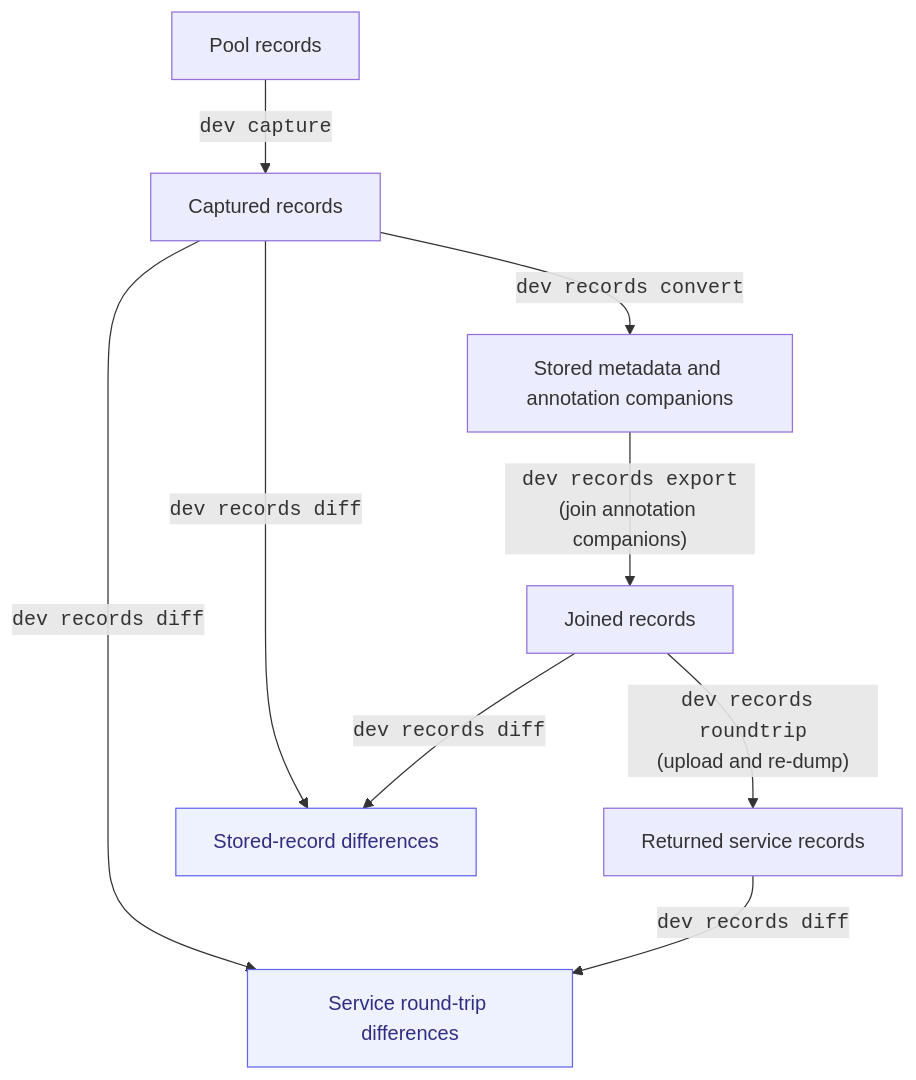
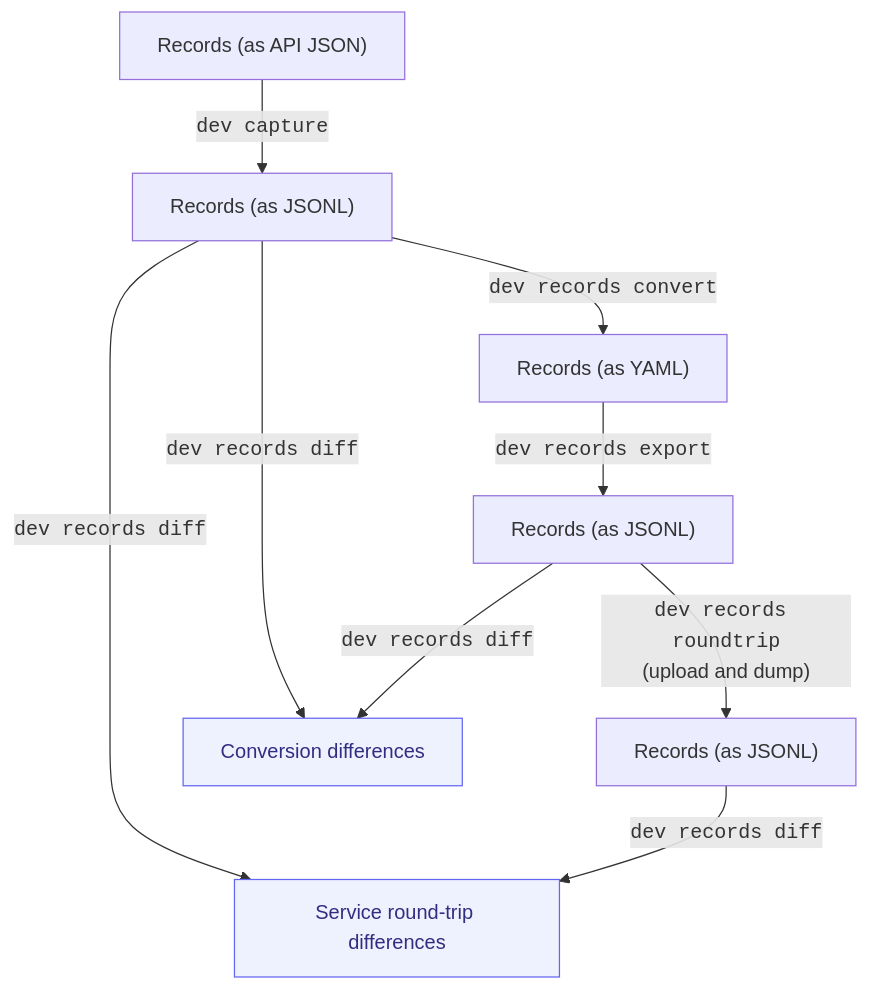
Before and after one commit to ORINOCO-Lite/orinoco-lite-dev: the first of 2 diagrams in docs/agents/staged-upstream-validation.md, drawn with Mermaid. The commit also changed other lines of this file, not shown here.

First line of the commit message:
docs: simplify validation data flow diagrams

````diff
--- a/docs/agents/staged-upstream-validation.md
+++ b/docs/agents/staged-upstream-validation.md
@@ -34,12 +34,12 @@
 ```mermaid
 flowchart TB
-  pool["Pool records"] -->|"<code>dev capture</code>"| raw["Captured records"]
-  raw -->|"<code>dev records convert</code>"| stored["Stored metadata and annotation companions"]
-  stored -->|"<code>dev records export</code><br/>(join annotation companions)"| joined["Joined records"]
-  joined -->|"<code>dev records roundtrip</code><br/>(upload and re-dump)"| returned["Returned service records"]
-  raw -->|"<code>dev records diff</code>"| storedreport["Stored-record differences"]:::report
+  pool["Records (as API JSON)"] -->|"<code>dev capture</code>"| raw["Records (as JSONL)"]
+  raw -->|"<code>dev records convert</code>"| stored["Records (as YAML)"]
+  stored -->|"<code>dev records export</code>"| joined["Records (as JSONL)"]
+  joined -->|"<code>dev records roundtrip</code><br/>(upload and dump)"| returned["Records (as JSONL)"]
+  raw -->|"<code>dev records diff</code>"| storedreport["Conversion differences"]:::report
   joined -->|"<code>dev records diff</code>"| storedreport
   raw -->|"<code>dev records diff</code>"| servicereport["Service round-trip differences"]:::report
   returned -->|"<code>dev records diff</code>"| servicereport
   classDef report fill:#eef2ff,stroke:#6366f1,color:#312e81
 ```
````
